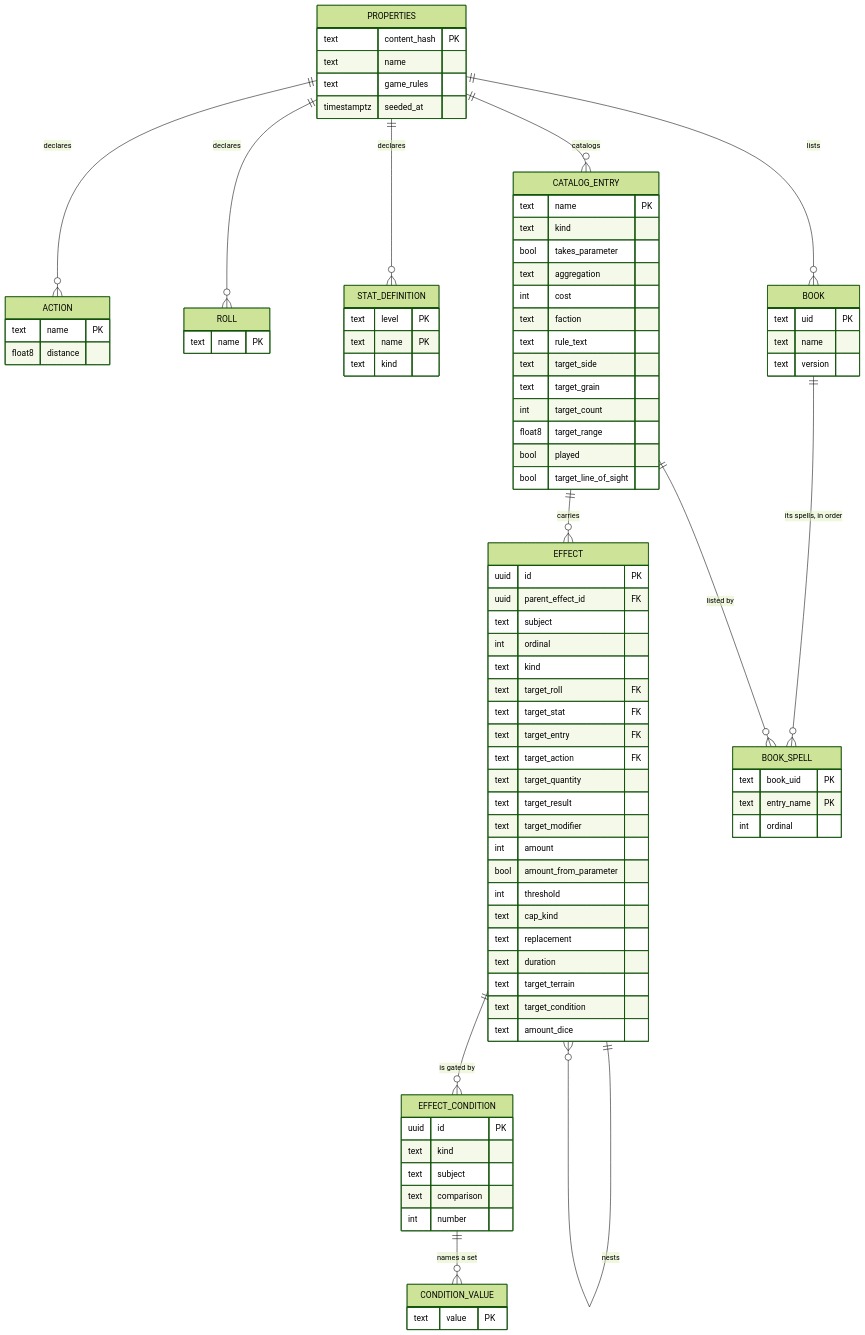
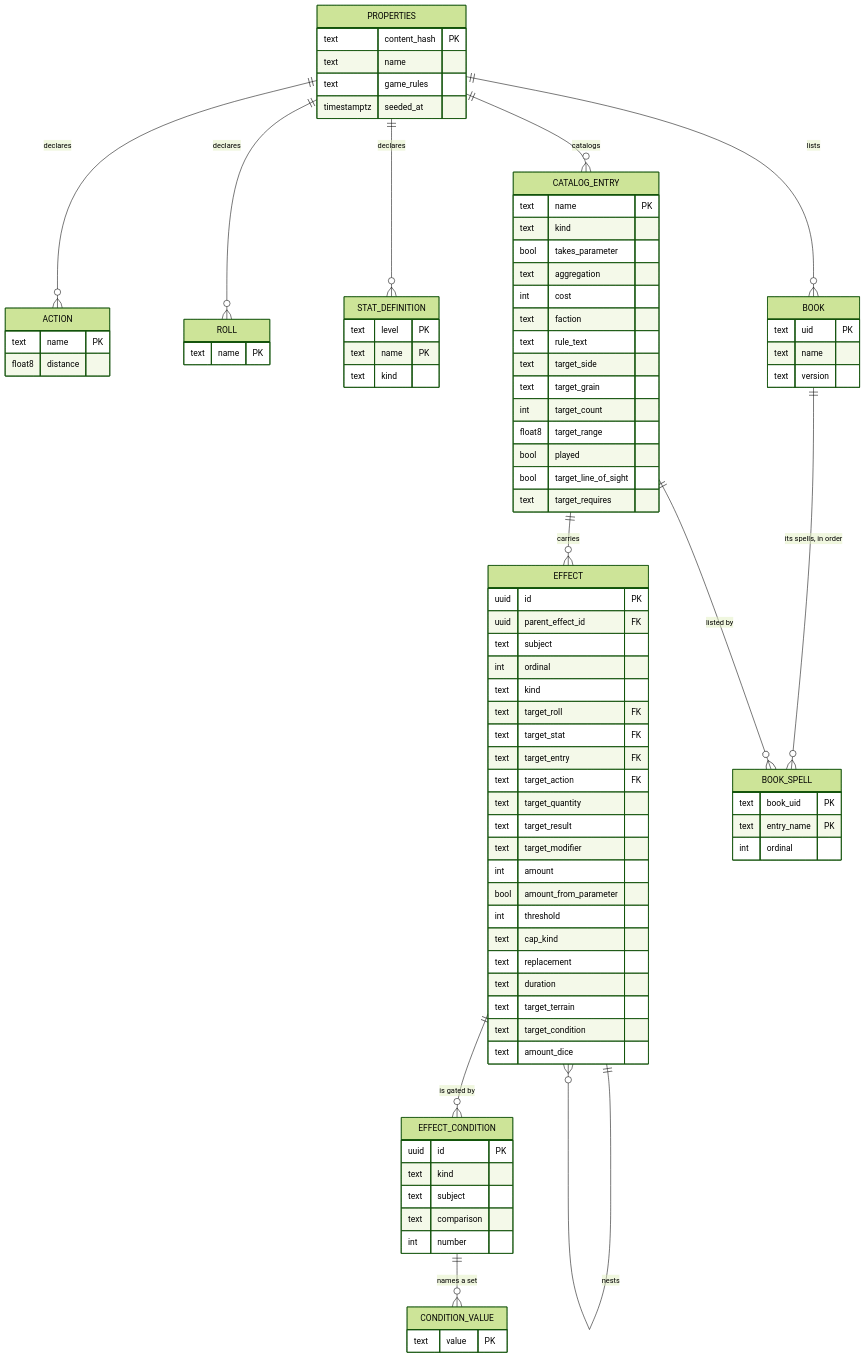
One commit to cstupi/tabletop changed the diagram in docs/design/interpreter/properties.md. Above: the diagram before and after it, drawn with Mermaid (forest theme). The commit also changed other lines of this file and 37 other files, not shown here.

```diff
--- a/docs/design/interpreter/properties.md
+++ b/docs/design/interpreter/properties.md
@@ -57,6 +57,7 @@
         float8 target_range
         bool played
         bool target_line_of_sight
+        text target_requires
     }
     EFFECT {
         uuid id PK
```
